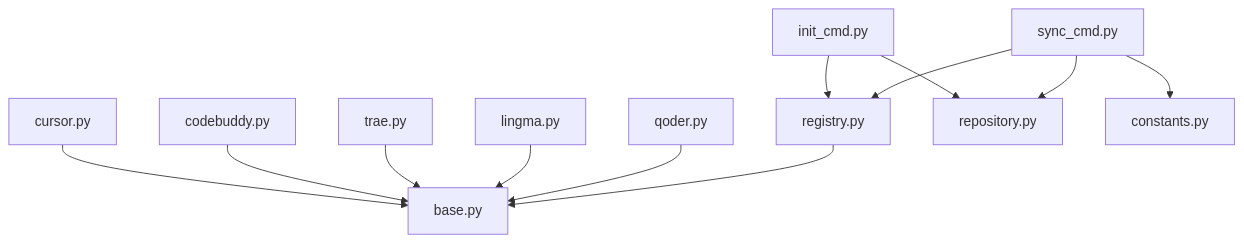
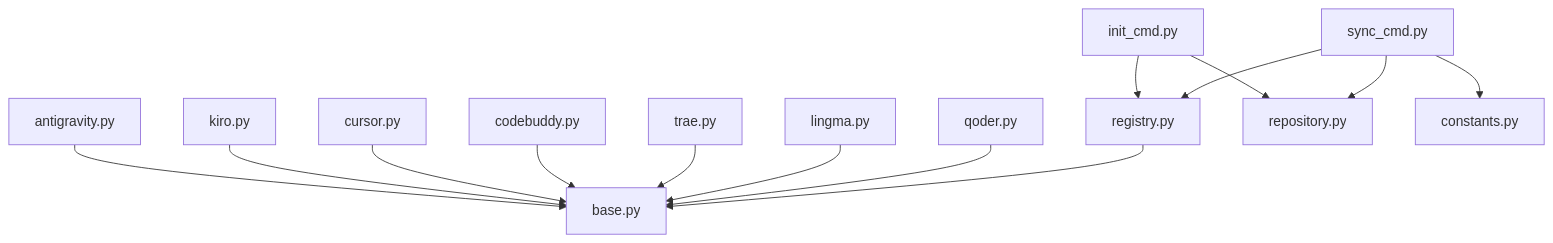
The sixth of 6 diagrams in .qoder/repowiki/zh/content/IDE适配器/适配器注册与管理.md (MapleWan/MSR), drawn with Mermaid before and after one commit. The commit also changed other lines of this file and 5 other files, not shown here.

````diff
--- a/.qoder/repowiki/zh/content/IDE适配器/适配器注册与管理.md
+++ b/.qoder/repowiki/zh/content/IDE适配器/适配器注册与管理.md
@@ -303,25 +357,29 @@
 ```mermaid
 graph TB
 Registry["registry.py"]
 Base["base.py"]
 Q["qoder.py"]
 L["lingma.py"]
 T["trae.py"]
 Cb["codebuddy.py"]
 Cu["cursor.py"]
+K["kiro.py"]
+A["antigravity.py"]
 Sync["sync_cmd.py"]
 Init["init_cmd.py"]
 Repo["repository.py"]
 Const["constants.py"]
 Registry --> Base
 Q --> Base
 L --> Base
 T --> Base
 Cb --> Base
 Cu --> Base
+K --> Base
+A --> Base
 Sync --> Registry
 Init --> Registry
 Sync --> Repo
 Init --> Repo
 Sync --> Const
 ```
````
